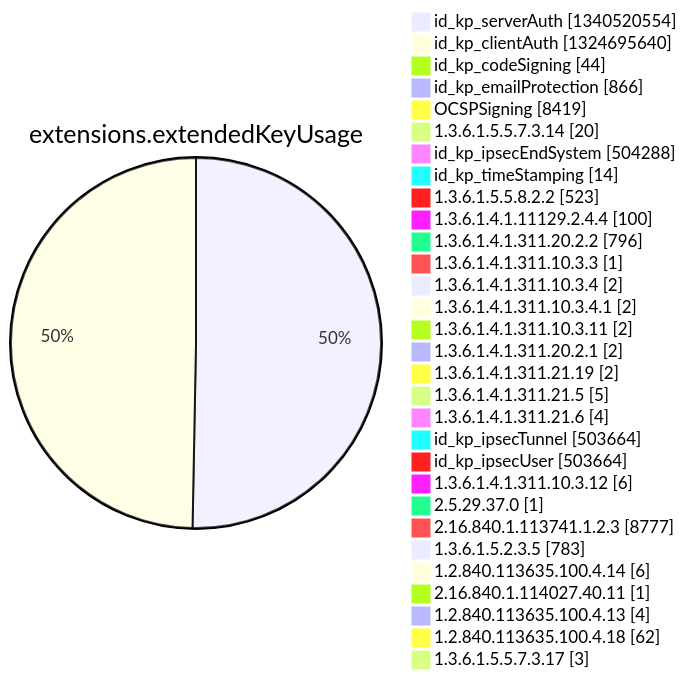
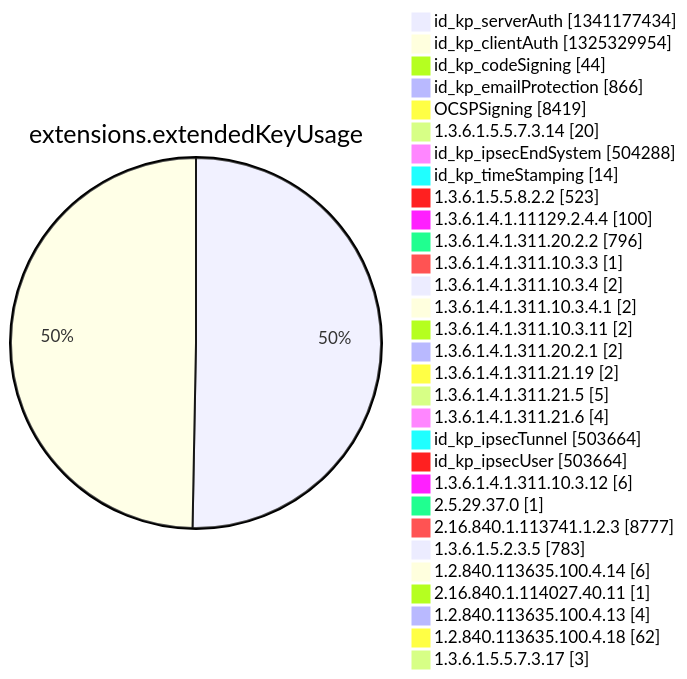
Before and after one commit to christiankrug/ctmonitor_visualization: diagram 12 of 15 in argon2022/README.md, drawn with Mermaid. The commit also changed other lines of this file, not shown here.

````diff
--- a/argon2022/README.md
+++ b/argon2022/README.md
@@ -3553,34 +3553,34 @@
 ```mermaid
 pie showData
 title extensions.extendedKeyUsage
-"id_kp_serverAuth" :1340520554
-"id_kp_clientAuth" :1324695640
+"id_kp_serverAuth" :1341177434
+"id_kp_clientAuth" :1325329954
 "id_kp_codeSigning" :44
 "id_kp_emailProtection" :866
 "OCSPSigning" :8419
 "1.3.6.1.5.5.7.3.14" :20
 "id_kp_ipsecEndSystem" :504288
 "id_kp_timeStamping" :14
 "1.3.6.1.5.5.8.2.2" :523
 "1.3.6.1.4.1.11129.2.4.4" :100
 "1.3.6.1.4.1.311.20.2.2" :796
 "1.3.6.1.4.1.311.10.3.3" :1
 "1.3.6.1.4.1.311.10.3.4" :2
 "1.3.6.1.4.1.311.10.3.4.1" :2
 "1.3.6.1.4.1.311.10.3.11" :2
 "1.3.6.1.4.1.311.20.2.1" :2
 "1.3.6.1.4.1.311.21.19" :2
 "1.3.6.1.4.1.311.21.5" :5
 "1.3.6.1.4.1.311.21.6" :4
 "id_kp_ipsecTunnel" :503664
 "id_kp_ipsecUser" :503664
 "1.3.6.1.4.1.311.10.3.12" :6
 "2.5.29.37.0" :1
 "2.16.840.1.113741.1.2.3" :8777
 "1.3.6.1.5.2.3.5" :783
 "1.2.840.113635.100.4.14" :6
 "2.16.840.1.114027.40.11" :1
 "1.2.840.113635.100.4.13" :4
 "1.2.840.113635.100.4.18" :62
 "1.3.6.1.5.5.7.3.17" :3
 ```
````
